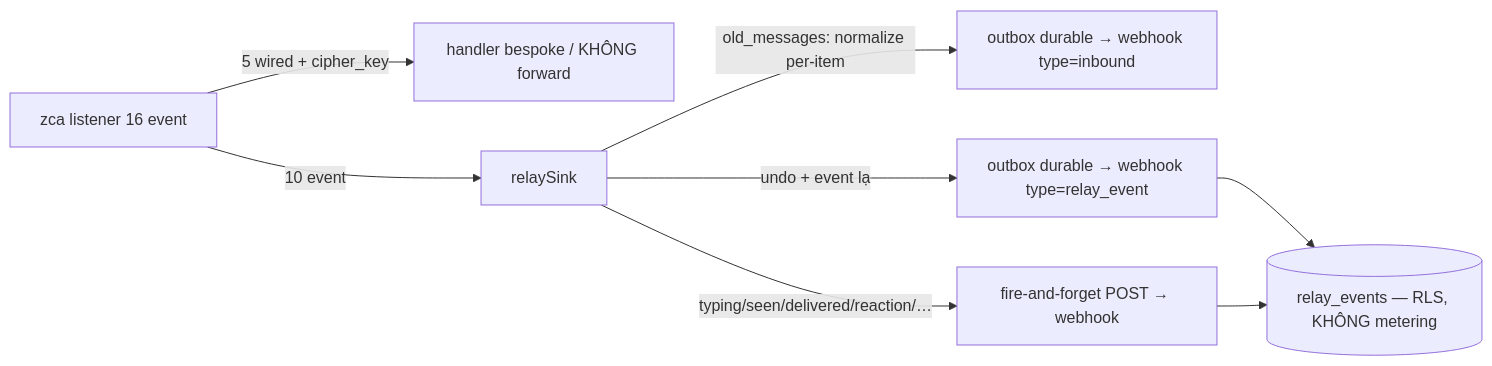
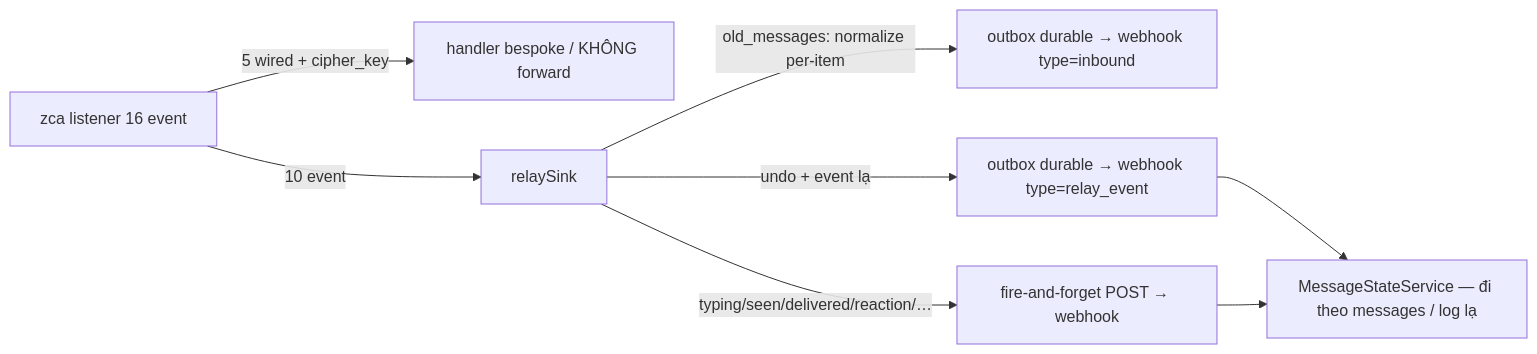
One commit to locdev-2001/yona changed the second of 2 diagrams in docs/features/messaging/zalo-generic-dispatcher.md. Above: the diagram before and after it, drawn with Mermaid. The commit also changed other lines of this file and 9 other files, not shown here.

First line of the commit message:
feat(inbox): P09 stream_version FE + observability unknown-event + DROP relay_events

````diff
--- a/docs/features/messaging/zalo-generic-dispatcher.md
+++ b/docs/features/messaging/zalo-generic-dispatcher.md
@@ -70,10 +70,10 @@
 ```mermaid
 flowchart LR
     E[zca listener 16 event] -->|5 wired + cipher_key| B[handler bespoke / KHÔNG forward]
     E -->|10 event| S[relaySink]
     S -->|old_messages: normalize per-item| O[outbox durable → webhook type=inbound]
     S -->|undo + event lạ| O2[outbox durable → webhook type=relay_event]
     S -->|typing/seen/delivered/reaction/…| F[fire-and-forget POST → webhook]
-    O2 --> R[(relay_events — RLS, KHÔNG metering)]
+    O2 --> R[MessageStateService — đi theo messages / log lạ]
     F --> R
 ```
````
